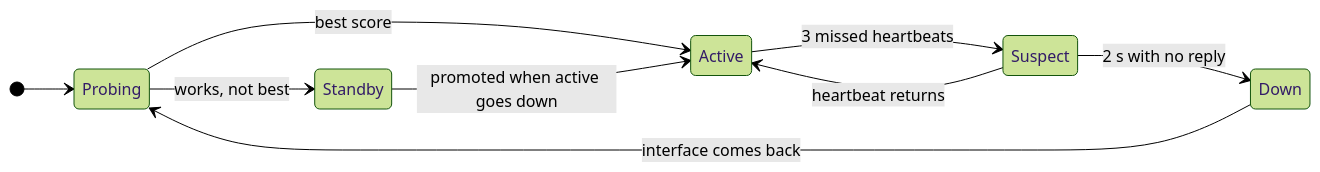
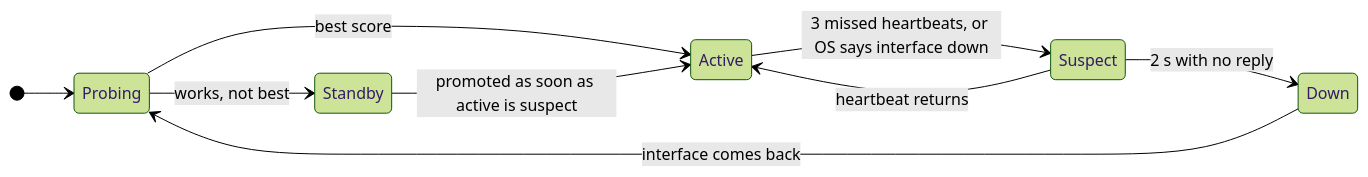
Before and after one commit to ShagnikPal123/Networking-Project: the third of 3 diagrams in docs/design/02-protocol.md, drawn with Mermaid (forest theme). The commit also changed other lines of this file and 36 other files, not shown here.

````diff
--- a/docs/design/02-protocol.md
+++ b/docs/design/02-protocol.md
@@ -89,12 +120,12 @@
 ```mermaid
 stateDiagram-v2
     direction LR
     [*] --> Probing
     Probing --> Active: best score
     Probing --> Standby: works, not best
-    Active --> Suspect: 3 missed heartbeats
+    Active --> Suspect: 3 missed heartbeats, or OS says interface down
     Suspect --> Active: heartbeat returns
     Suspect --> Down: 2 s with no reply
-    Standby --> Active: promoted when active goes down
+    Standby --> Active: promoted as soon as active is suspect
     Down --> Probing: interface comes back
 ```
````
